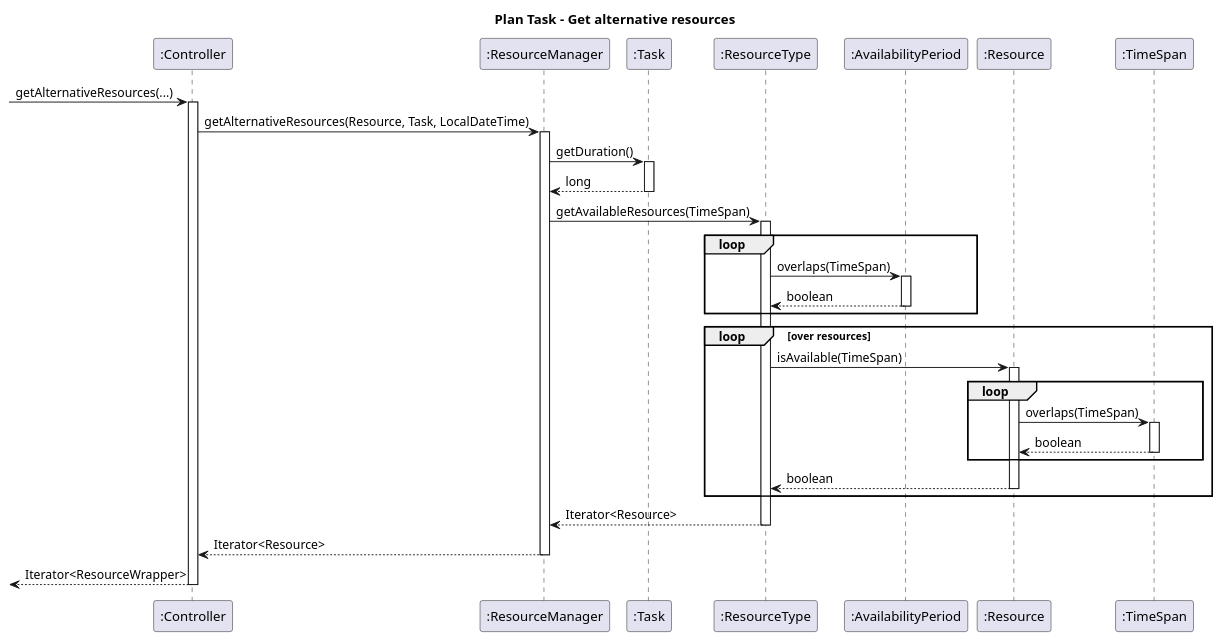
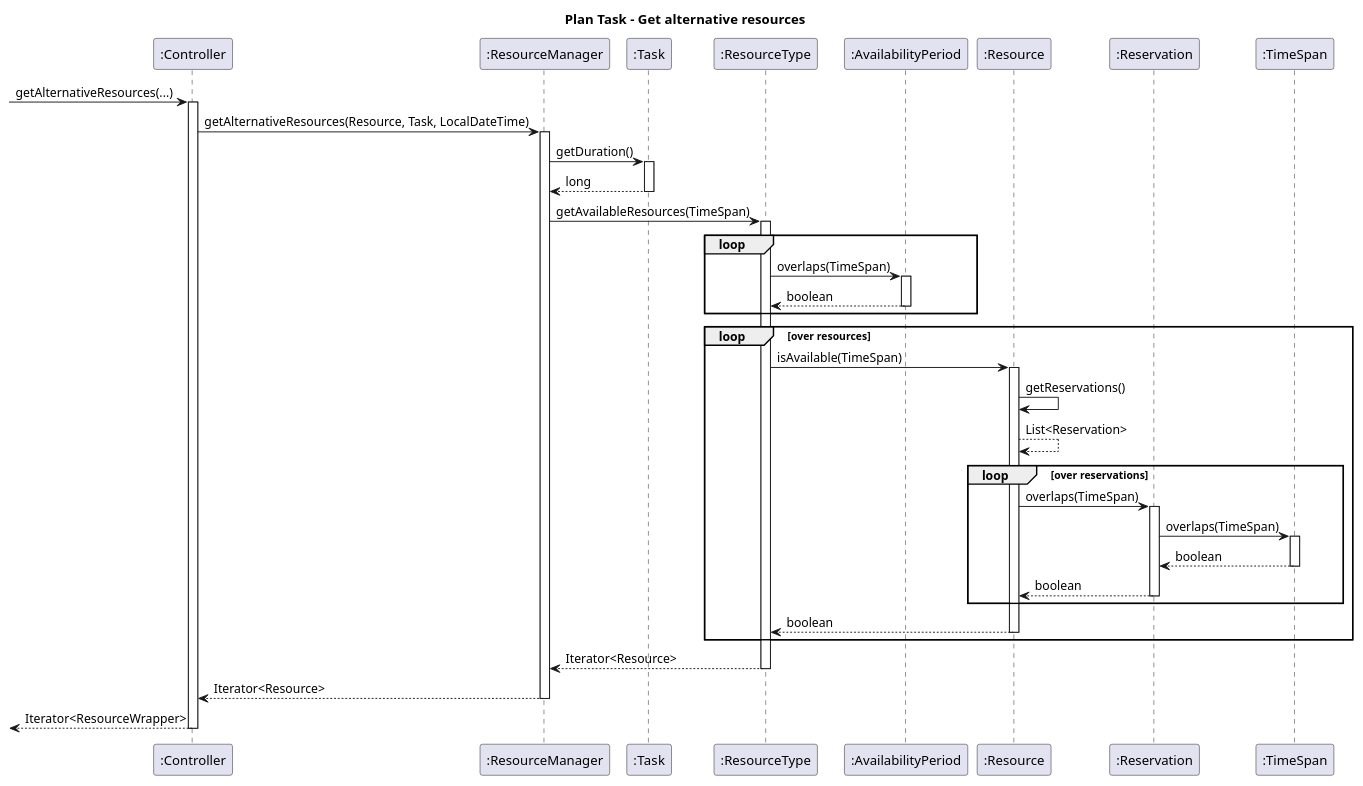
One commit to julienbenaouda/projectJJA changed the diagram in diagrams/sequence_diagrams/3. Plan Task - Get alternative resources.plantuml. Above: the diagram before and after it, drawn with PlantUML. The commit also changed 3 other files, not shown here.

Commit message:
update sequence diagrams

```diff
--- a/diagrams/sequence_diagrams/3. Plan Task - Get alternative resources.plantuml
+++ b/diagrams/sequence_diagrams/3. Plan Task - Get alternative resources.plantuml
@@ -1,56 +1,67 @@
 @startuml
 
 title "Plan Task - Get alternative resources"
 
 -> ":Controller": getAlternativeResources(...)
 activate ":Controller"
 
 ":Controller" -> ":ResourceManager": getAlternativeResources(Resource, Task, LocalDateTime)
 activate ":ResourceManager"
 
 ":ResourceManager" -> ":Task": getDuration()
 activate ":Task"
 ":Task" --> ":ResourceManager": long
 deactivate ":Task"
 
 
 ":ResourceManager" -> ":ResourceType": getAvailableResources(TimeSpan)
 activate ":ResourceType"
 
 loop
     ":ResourceType" -> ":AvailabilityPeriod": overlaps(TimeSpan)
     activate ":AvailabilityPeriod"
 
     ":AvailabilityPeriod" --> ":ResourceType": boolean
     deactivate ":AvailabilityPeriod"
 end
 
 loop over resources
 
-    ":ResourceType" -> ":Resource": isAvailable(TimeSpan)
-    activate ":Resource"
+        ":ResourceType" -> ":Resource": isAvailable(TimeSpan)
+        activate ":Resource"
 
-    loop
-        ":Resource" -> ":TimeSpan": overlaps(TimeSpan)
-        activate ":TimeSpan"
+        ":Resource" -> ":Resource": getReservations()
+        ":Resource" --> ":Resource": List<Reservation>
+        
+        
+        loop over reservations
+        
+            ":Resource" -> ":Reservation": overlaps(TimeSpan)
+            activate ":Reservation"
+            
+            ":Reservation" -> ":TimeSpan": overlaps(TimeSpan)
+            activate ":TimeSpan"
 
-        ":TimeSpan" --> ":Resource": boolean
-        deactivate ":TimeSpan"
-    end
+            ":TimeSpan" --> ":Reservation": boolean
+            deactivate ":TimeSpan"
+            
+            ":Reservation"--> ":Resource": boolean
+            deactivate ":Reservation"
+        end
 
-    ":Resource" --> ":ResourceType": boolean
-    deactivate ":Resource"
+        ":Resource" --> ":ResourceType": boolean
+        deactivate ":Resource"
 
 end
 
 ":ResourceType" --> ":ResourceManager": Iterator<Resource>
 deactivate ":ResourceType"
 
 
 ":ResourceManager" --> ":Controller": Iterator<Resource>
 deactivate ":ResourceManager"
 
 <-- ":Controller": Iterator<ResourceWrapper>
 deactivate ":Controller"
 
 @enduml
```
